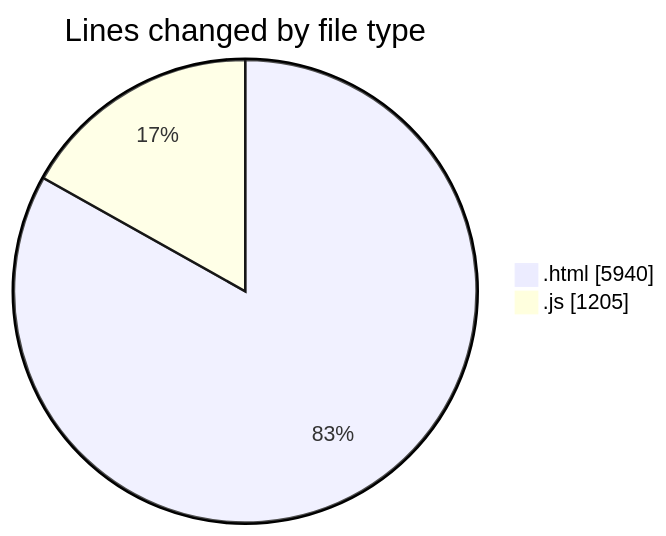
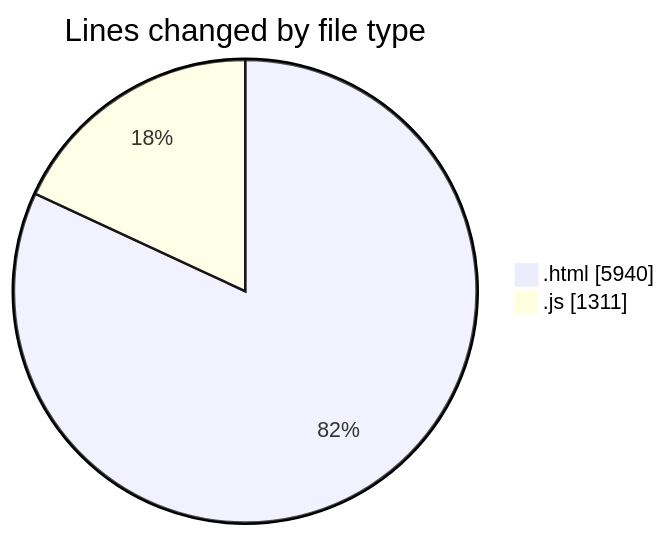
The first of 2 diagrams in 2025-08-10/nxtqube_webapp/README.md (nxtqubesakshisongat/code-tracking), drawn with Mermaid before and after one commit. The commit also changed other lines of this file and 1 other file, not shown here.

````diff
--- a/2025-08-10/nxtqube_webapp/README.md
+++ b/2025-08-10/nxtqube_webapp/README.md
@@ -23,6 +23,6 @@
 ```mermaid
 pie showData
 title Lines changed by file type
 ".html" : 5940
-".js" : 1205
+".js" : 1311
 ```
````
